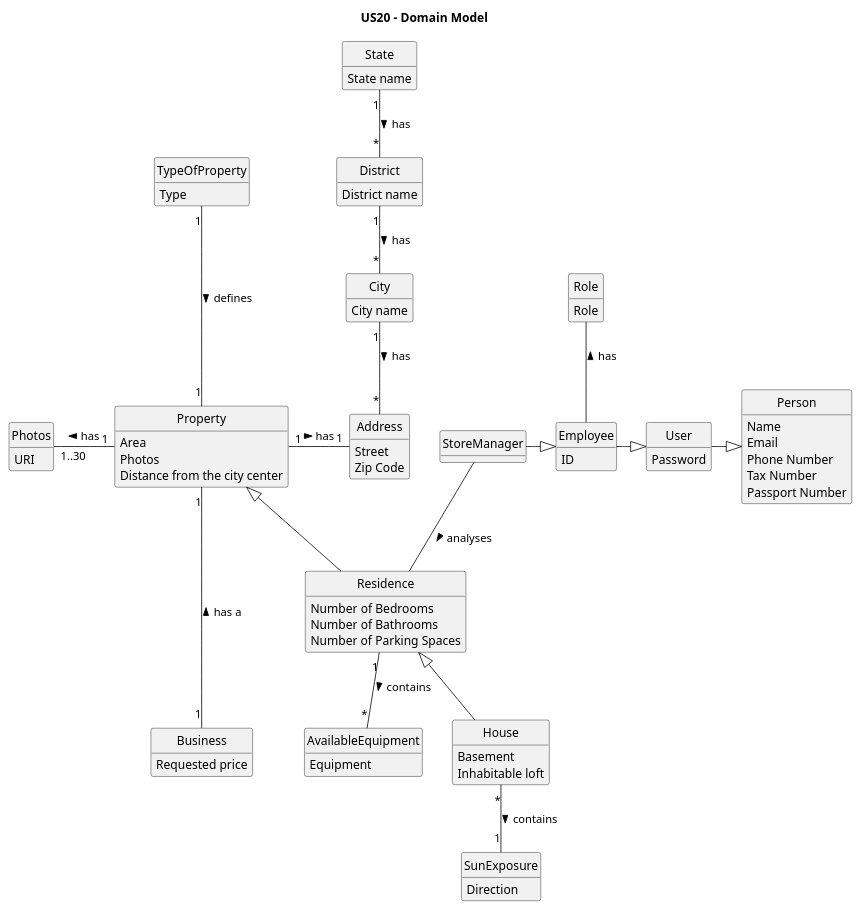
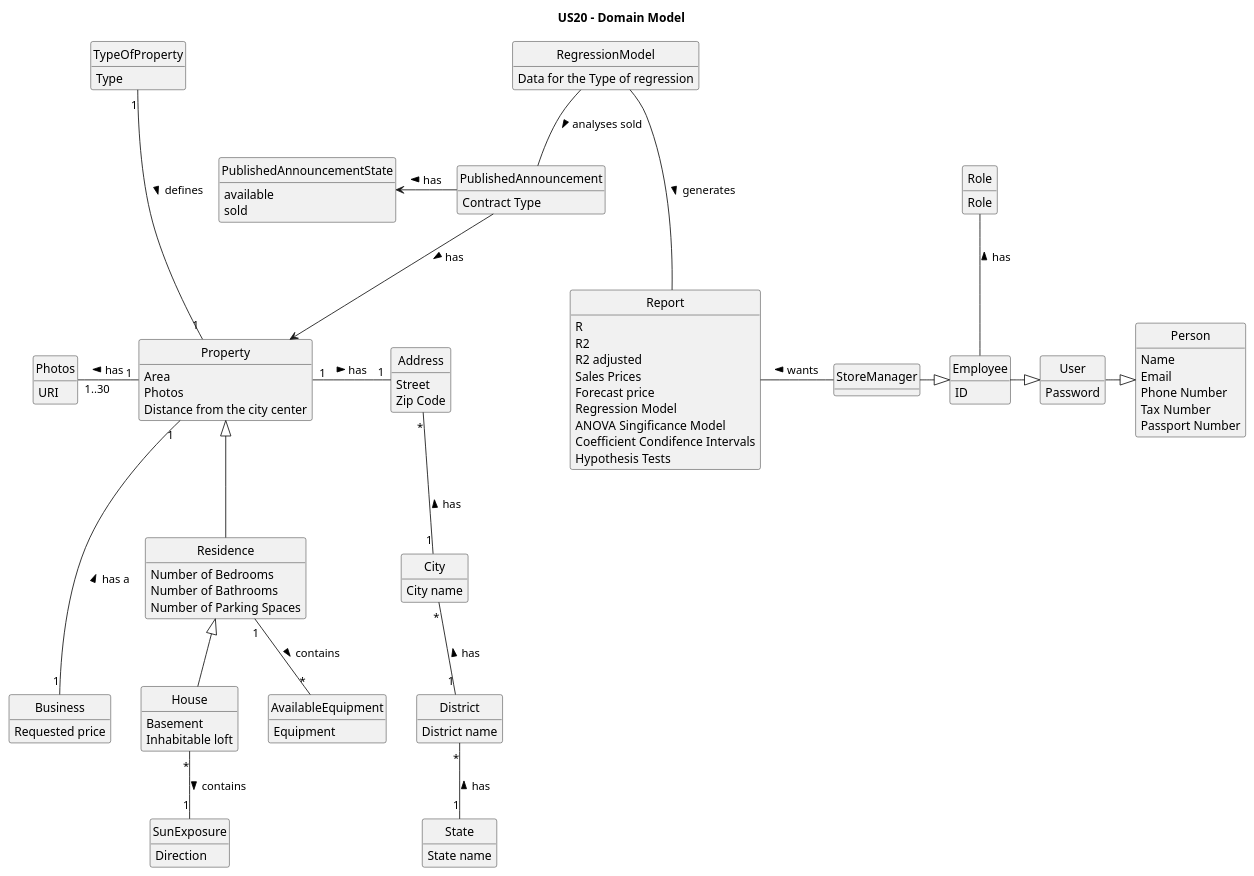
One commit to PureNimble/ISEP-LAPR2 changed the diagram in docs/sprintD/US018/02.analysis/puml/us18-domain-model.puml. Above: the diagram before and after it, drawn with PlantUML. The commit also changed 3 other files, not shown here.

Commit message:
Updated US11 diagrams and US18 domain model

```diff
--- a/docs/sprintD/US018/02.analysis/puml/us18-domain-model.puml
+++ b/docs/sprintD/US018/02.analysis/puml/us18-domain-model.puml
@@ -1,112 +1,141 @@
 @startuml
 
 title US20 - Domain Model
 
 
 skinparam groupInheritance 2
 skinparam monochrome true
 skinparam packageStyle rectangle
 skinparam shadowing false
 skinparam classAttributeIconSize 0
 hide circle
 hide methods
 
 class Employee {
     ID
 }
 
 class Role {
     Role
 }
 
 class StoreManager{
 
 }
 
 class Residence {
     Number of Bedrooms
     Number of Bathrooms
     Number of Parking Spaces
+}
+
+enum PublishedAnnouncementState {
+  available
+  sold
 }
 
 class Property {
     Area
     Photos
     Distance from the city center
 }
 
 class TypeOfProperty{
     Type
 }
 
 class Photos {
     URI
 }
 
 class House {
     Basement
     Inhabitable loft
 }
 
 class SunExposure {
     Direction
 }
 
 class AvailableEquipment {
     Equipment
 }
 
 class User {
     Password
 }
 
 class Person {
     Name
     Email
     Phone Number
     Tax Number
     Passport Number
 }
 
 class Address {
     Street
     Zip Code
 }
 
 class City {
     City name
 }
 
 class District {
     District name
 }
 
 class State {
     State name
 }
 
 class Business {
     Requested price
 }
 
+class PublishedAnnouncement {
+Contract Type
+}
+
+class Report{
+    R
+    R2
+    R2 adjusted
+    Sales Prices
+    Forecast price
+    Regression Model
+    ANOVA Singificance Model
+    Coefficient Condifence Intervals
+    Hypothesis Tests
+}
+
+class RegressionModel{
+    Data for the Type of regression
+}
 
 StoreManager -|> Employee
 Employee -up- Role : has >
 User -|> Person
 Employee -|> User
 
-District "1" -down- "*" City : has >
-State "1" -down- "*" District : has >
-City "1" -down- "*" Address : has >
+District "1" -up- "*" City : has >
+State "1" -up- "*" District : has >
+City "1" -up- "*" Address : has >
 
 Property "1" --- "1" Business: has a <
 Residence <|-down- House
 Property <|-down- Residence
 Property "1" -left-- "1..30" Photos: has >
 SunExposure "1" -up- "*" House: contains <
 Address "1" -left- "1" Property: has <
 AvailableEquipment "*" -up- "1" Residence: contains <
+PublishedAnnouncement --> Property : has >
 TypeOfProperty "1" -down-- "1" Property: defines >
 
-StoreManager -down- Residence : analyses >
+RegressionModel -down- PublishedAnnouncement : analyses sold >
+RegressionModel --- Report : generates >
+StoreManager --left- Report : wants >
+
+PublishedAnnouncement --left> PublishedAnnouncementState : has >
 @enduml
```
